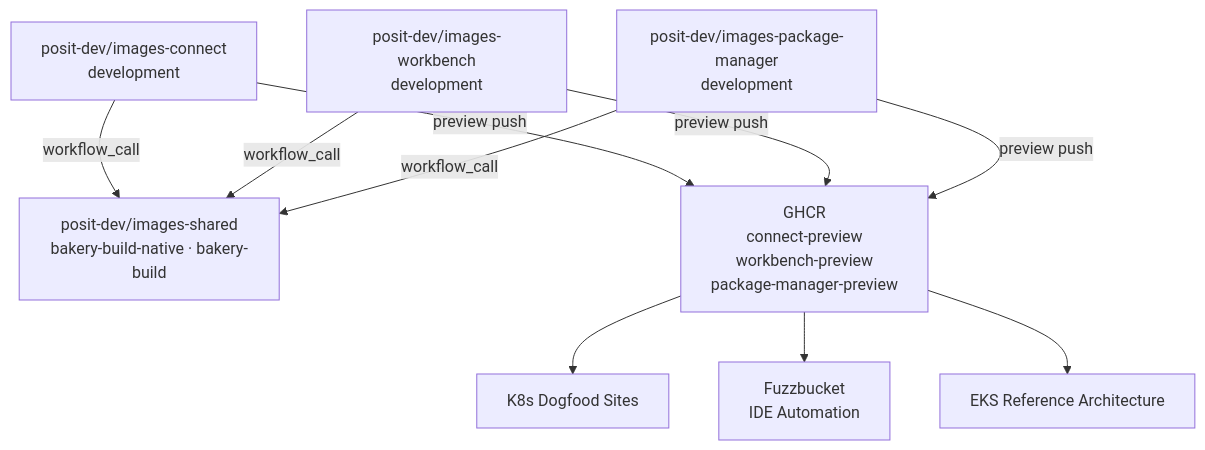
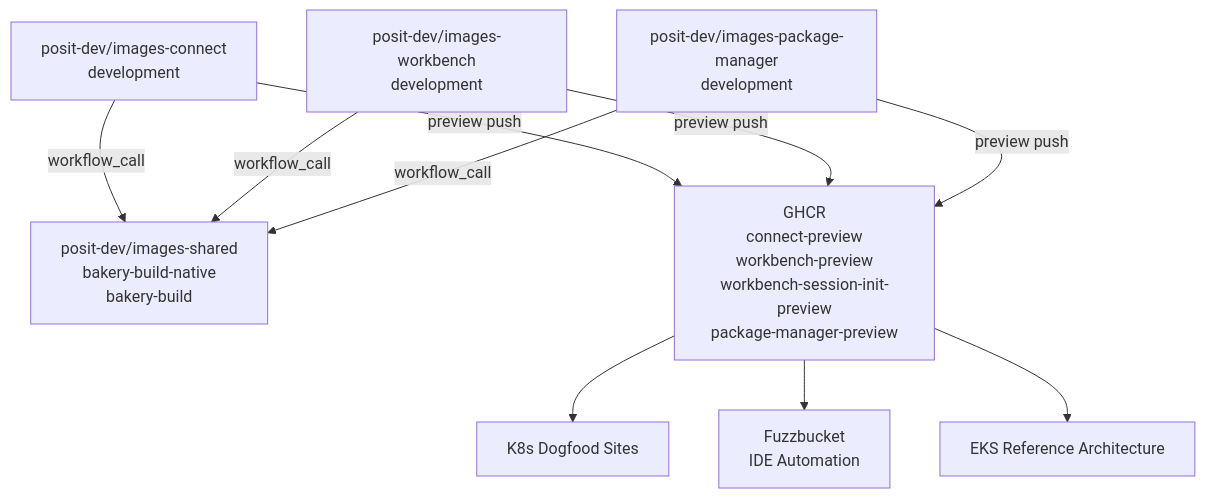
One commit to posit-dev/images-shared changed the third of 3 diagrams in docs/cross-repo-dag.md. Above: the diagram before and after it, drawn with Mermaid. The commit also changed other lines of this file, not shown here.

````diff
--- a/docs/cross-repo-dag.md
+++ b/docs/cross-repo-dag.md
@@ -102,26 +102,26 @@
 ```mermaid
 graph TD
     IMG_CONNECT["posit-dev/images-connect<br/>development"]
     IMG_WORKBENCH["posit-dev/images-workbench<br/>development"]
     IMG_PM["posit-dev/images-package-manager<br/>development"]
 
     IMG_CONNECT -->|workflow_call| SHARED
     IMG_WORKBENCH -->|workflow_call| SHARED
     IMG_PM -->|workflow_call| SHARED
 
-    SHARED["posit-dev/images-shared<br/>bakery-build-native · bakery-build"]
+    SHARED["posit-dev/images-shared<br/>bakery-build-native<br/>bakery-build"]
 
     IMG_CONNECT -->|preview push| GHCR
     IMG_WORKBENCH -->|preview push| GHCR
     IMG_PM -->|preview push| GHCR
 
-    GHCR["GHCR<br/>connect-preview<br/>workbench-preview<br/>package-manager-preview"]
+    GHCR["GHCR<br/>connect-preview<br/>workbench-preview<br/>workbench-session-init-preview<br/>package-manager-preview"]
 
     GHCR --> K8S
     GHCR --> FUZZBUCKET
     GHCR --> EKS_REF
 
     K8S["K8s Dogfood Sites"]
     FUZZBUCKET["Fuzzbucket<br/>IDE Automation"]
     EKS_REF["EKS Reference Architecture"]
 ```
````
